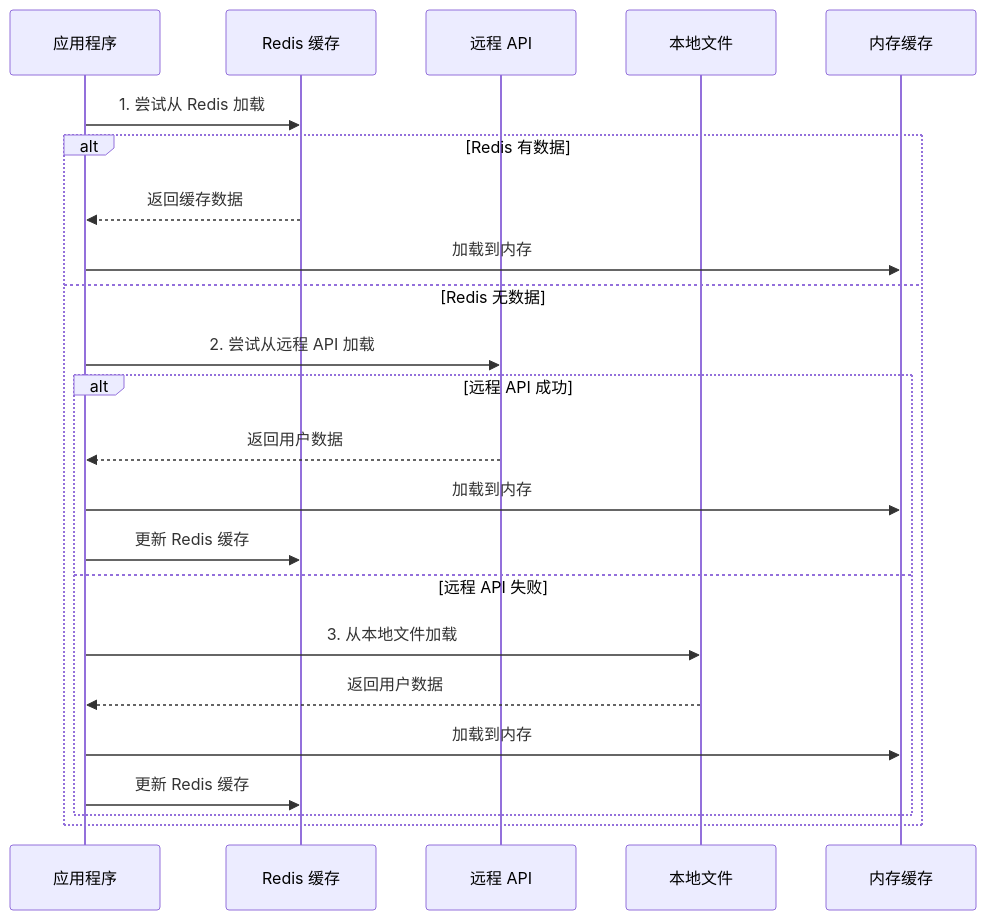
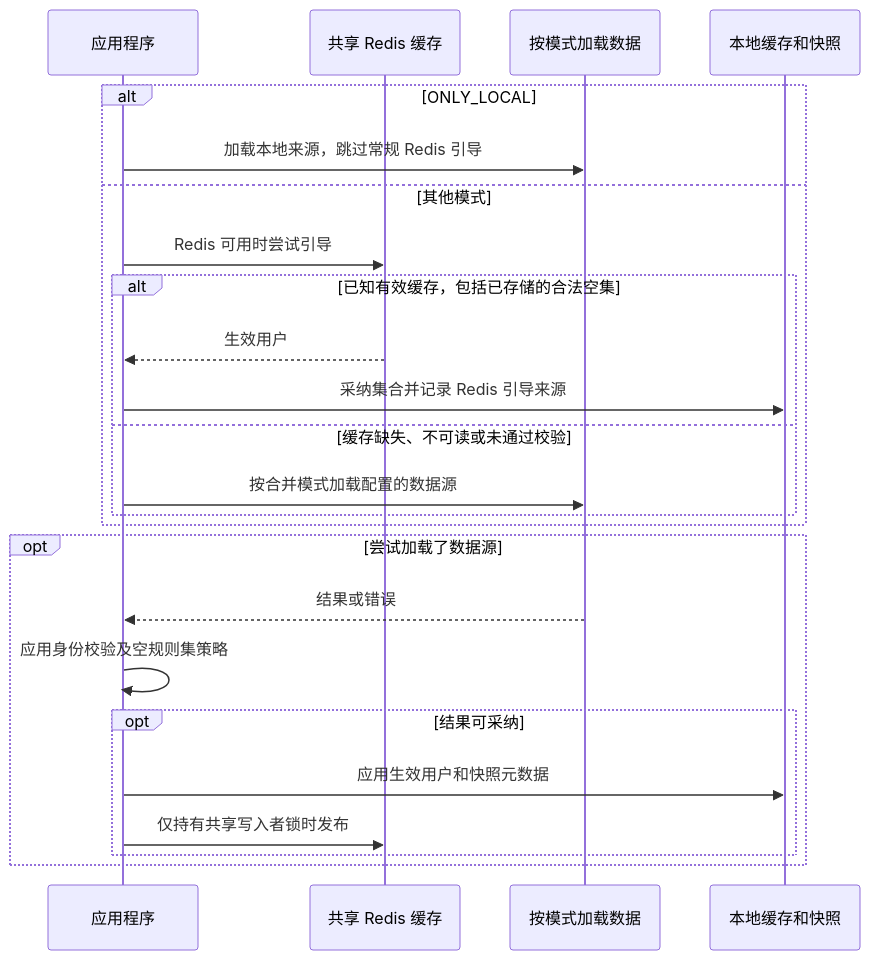
Before and after one commit to soulteary/warden: the second of 7 diagrams in docs/zhCN/ARCHITECTURE.md, drawn with Mermaid. The commit also changed other lines of this file and 1 other file, not shown here.

Commit message:
docs: correct startup and replica refresh flows

````diff
--- a/docs/zhCN/ARCHITECTURE.md
+++ b/docs/zhCN/ARCHITECTURE.md
@@ -107,26 +107,27 @@
 ```mermaid
 sequenceDiagram
     participant App as 应用程序
-    participant Redis as Redis 缓存
-    participant Remote as 远程 API
-    participant Local as 本地文件
-    participant Memory as 内存缓存
+    participant Redis as 共享 Redis 缓存
+    participant Loader as 按模式加载数据
+    participant Memory as 本地缓存和快照
 
-    App->>Redis: 1. 尝试从 Redis 加载
-    alt Redis 有数据
-        Redis-->>App: 返回缓存数据
-        App->>Memory: 加载到内存
-    else Redis 无数据
-        App->>Remote: 2. 尝试从远程 API 加载
-        alt 远程 API 成功
-            Remote-->>App: 返回用户数据
-            App->>Memory: 加载到内存
-            App->>Redis: 更新 Redis 缓存
-        else 远程 API 失败
-            App->>Local: 3. 从本地文件加载
-            Local-->>App: 返回用户数据
-            App->>Memory: 加载到内存
-            App->>Redis: 更新 Redis 缓存
+    alt ONLY_LOCAL
+        App->>Loader: 加载本地来源，跳过常规 Redis 引导
+    else 其他模式
+        App->>Redis: Redis 可用时尝试引导
+        alt 已知有效缓存，包括已存储的合法空集
+            Redis-->>App: 生效用户
+            App->>Memory: 采纳集合并记录 Redis 引导来源
+        else 缓存缺失、不可读或未通过校验
+            App->>Loader: 按合并模式加载配置的数据源
+        end
+    end
+    opt 尝试加载了数据源
+        Loader-->>App: 结果或错误
+        App->>App: 应用身份校验及空规则集策略
+        opt 结果可采纳
+            App->>Memory: 应用生效用户和快照元数据
+            App->>Redis: 仅持有共享写入者锁时发布
         end
     end
 ```
````
